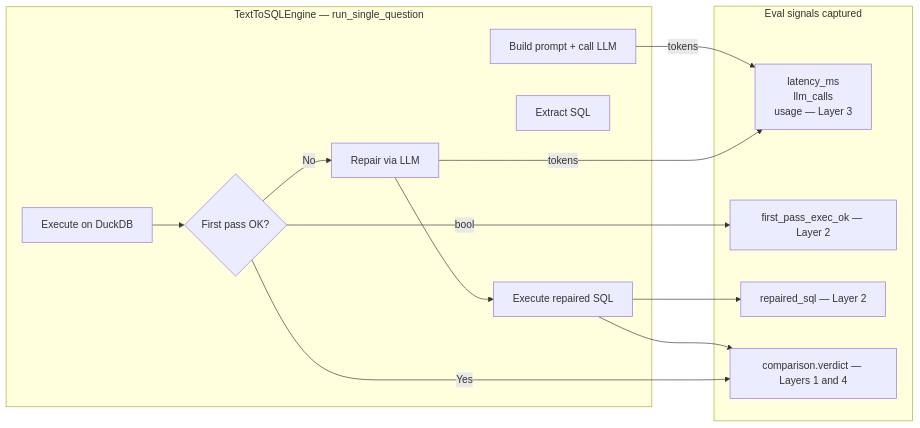
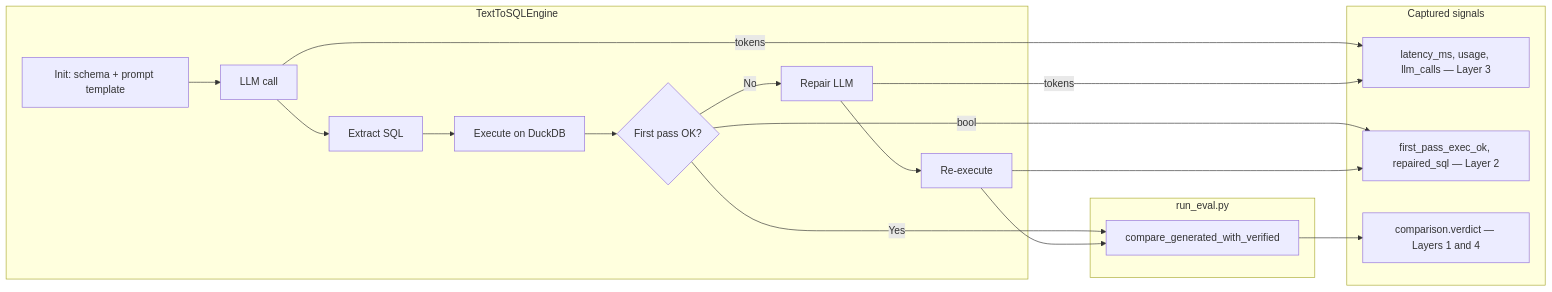
Before and after one commit to Hrsh-12/talk2data: the second of 2 diagrams in docs/Eval.md, drawn with Mermaid. The commit also changed other lines of this file and 22 other files, not shown here.

````diff
--- a/docs/Eval.md
+++ b/docs/Eval.md
@@ -287,28 +267,33 @@
 ```mermaid
 flowchart LR
-    subgraph pipeline [TextToSQLEngine — run_single_question]
-        P1[Build prompt + call LLM]
+    subgraph engine [TextToSQLEngine]
+        P0[Init: schema + prompt template]
+        P1[LLM call]
         P2[Extract SQL]
         P3[Execute on DuckDB]
         P4{First pass OK?}
-        P5[Repair via LLM]
-        P6[Execute repaired SQL]
+        P5[Repair LLM]
+        P6[Re-execute]
     end
 
-    subgraph signals [Eval signals captured]
-        S1["latency_ms\nllm_calls\nusage — Layer 3"]
-        S2["first_pass_exec_ok — Layer 2"]
-        S3["repaired_sql — Layer 2"]
-        S4["comparison.verdict — Layers 1 and 4"]
+    subgraph eval [run_eval.py]
+        P7[compare_generated_with_verified]
     end
 
+    subgraph signals [Captured signals]
+        S1["latency_ms, usage, llm_calls — Layer 3"]
+        S2["first_pass_exec_ok, repaired_sql — Layer 2"]
+        S3["comparison.verdict — Layers 1 and 4"]
+    end
+
+    P0 --> P1
     P1 -->|tokens| S1
-    P3 --> P4
+    P1 --> P2 --> P3 --> P4
     P4 -->|bool| S2
-    P4 -->|No| P5
+    P4 -->|No| P5 --> P6
     P5 -->|tokens| S1
-    P5 --> P6
-    P6 --> S3
-    P6 --> S4
-    P4 -->|Yes| S4
+    P6 --> S2
+    P4 -->|Yes| P7
+    P6 --> P7
+    P7 --> S3
 ```
````
